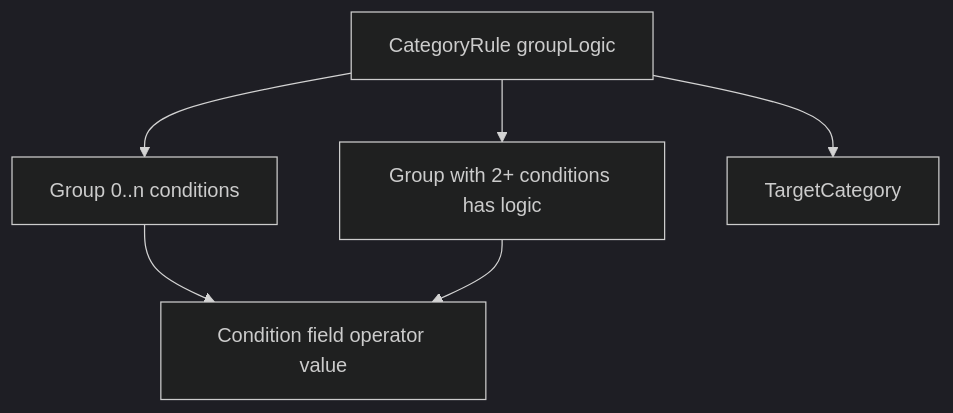
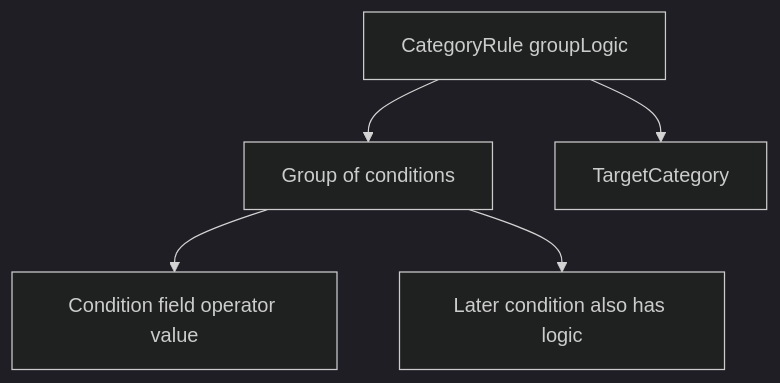
One commit to NotThaDev/KeepItSimple changed the first of 2 diagrams in backend/KeepItSimple.Api/CategoryRuleMatcher.md. Above: the diagram before and after it, drawn with Mermaid (dark theme). The commit also changed other lines of this file and 4 other files, not shown here.

Commit message:
Refactor category rule logic to support mixed operators within groups. Update documentation to clarify evaluation order and logic handling. Implement migration for legacy condition logic in stored rules. Enhance tests to cover new logic behavior.

````diff
--- a/backend/KeepItSimple.Api/CategoryRuleMatcher.md
+++ b/backend/KeepItSimple.Api/CategoryRuleMatcher.md
@@ -40,13 +40,12 @@
 ```mermaid
 flowchart TD
   rule["CategoryRule groupLogic"]
-  g1["Group 0..n conditions"]
-  g2["Group with 2+ conditions has logic"]
-  c1[Condition field operator value]
+  g1["Group of conditions"]
+  c1["Condition field operator value"]
+  c2["Later condition also has logic"]
   target[TargetCategory]
   rule --> g1
-  rule --> g2
   rule --> target
   g1 --> c1
-  g2 --> c1
+  g1 --> c2
 ```
````
